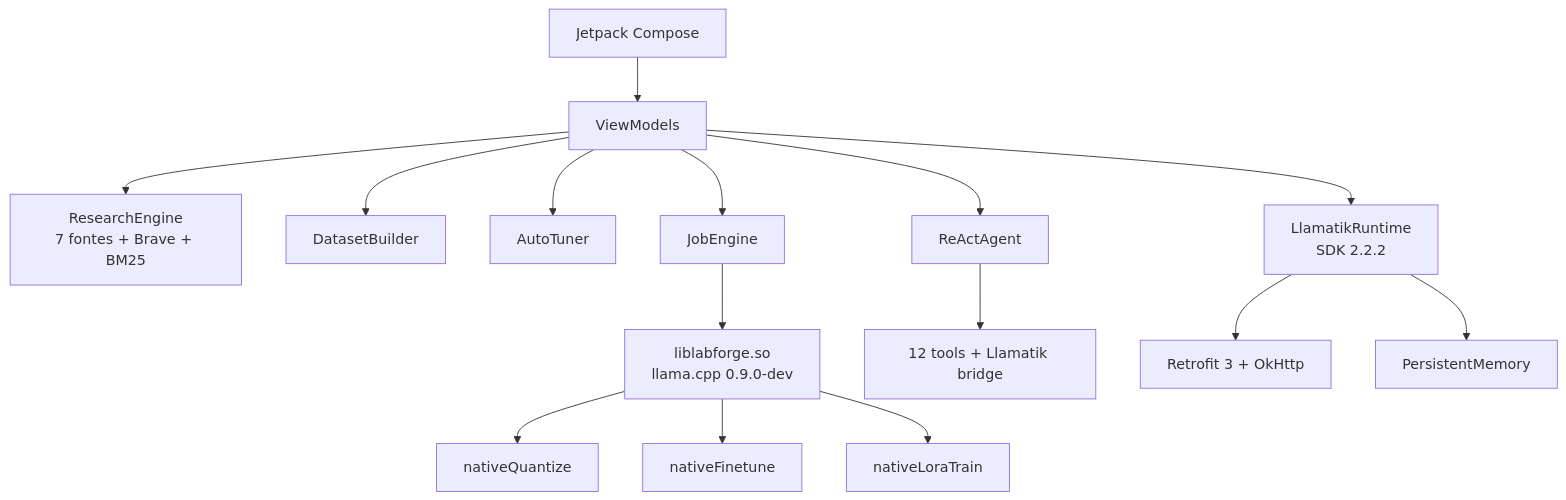
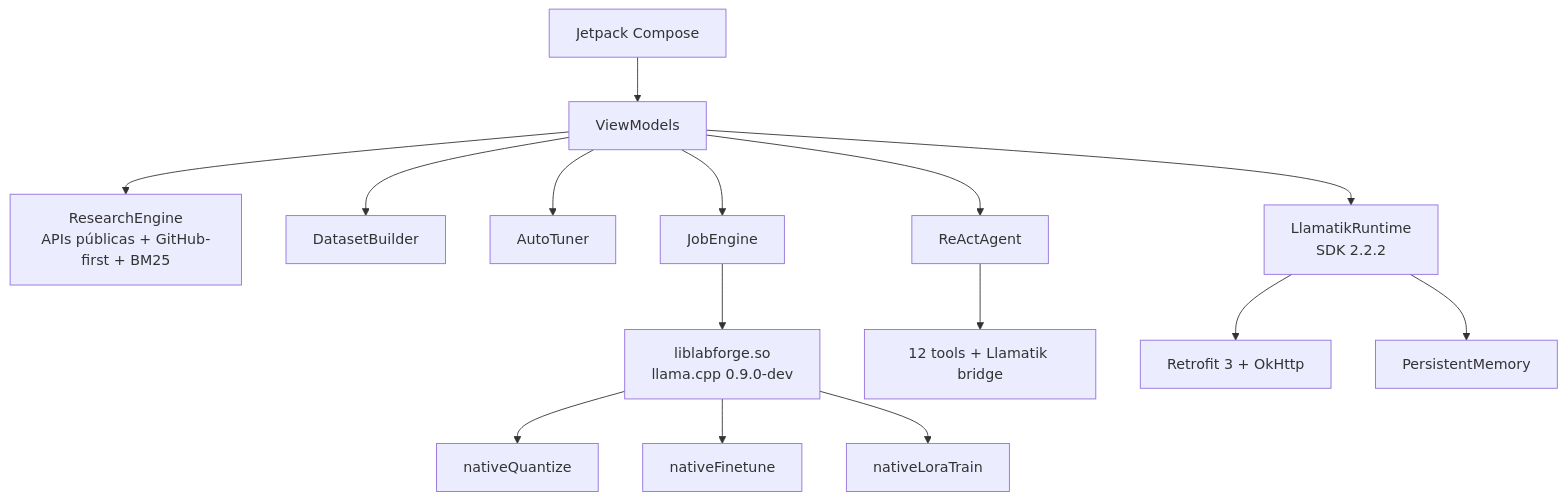
Before and after one commit to Enhikyy/Girassol: the diagram in README.md, drawn with Mermaid. The commit also changed other lines of this file, not shown here.

````diff
--- a/README.md
+++ b/README.md
@@ -107,17 +113,17 @@
 ```mermaid
 flowchart TD
     UI[Jetpack Compose] --> VM[ViewModels]
-    VM --> RESEARCH[ResearchEngine<br/>7 fontes + Brave + BM25]
+    VM --> RESEARCH[ResearchEngine<br/>APIs públicas + GitHub-first + BM25]
     VM --> DATASET[DatasetBuilder]
     VM --> TUNER[AutoTuner]
     VM --> JOB[JobEngine]
     JOB --> NATIVE[liblabforge.so<br/>llama.cpp 0.9.0-dev]
     NATIVE --> QUANT[nativeQuantize]
     NATIVE --> FT[nativeFinetune]
     NATIVE --> LORA[nativeLoraTrain]
     VM --> AGENT[ReActAgent]
     AGENT --> TOOLS[12 tools + Llamatik bridge]
     VM --> LLAMA[LlamatikRuntime<br/>SDK 2.2.2]
     LLAMA --> RETROFIT[Retrofit 3 + OkHttp]
     LLAMA --> MEMORY[PersistentMemory]
 ```
````
